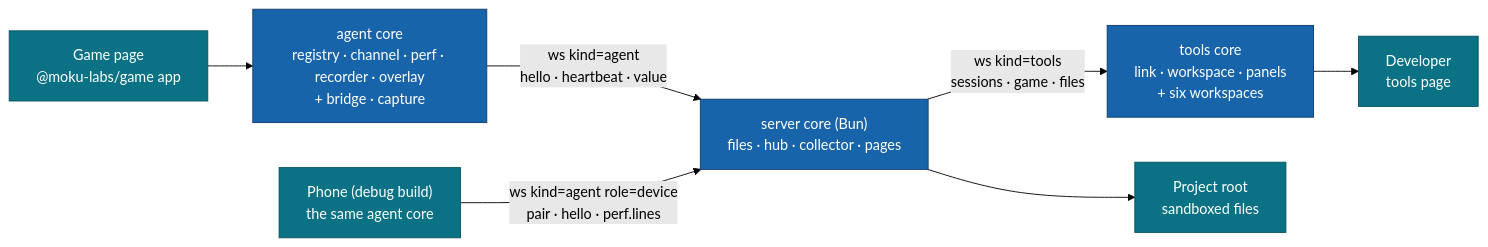
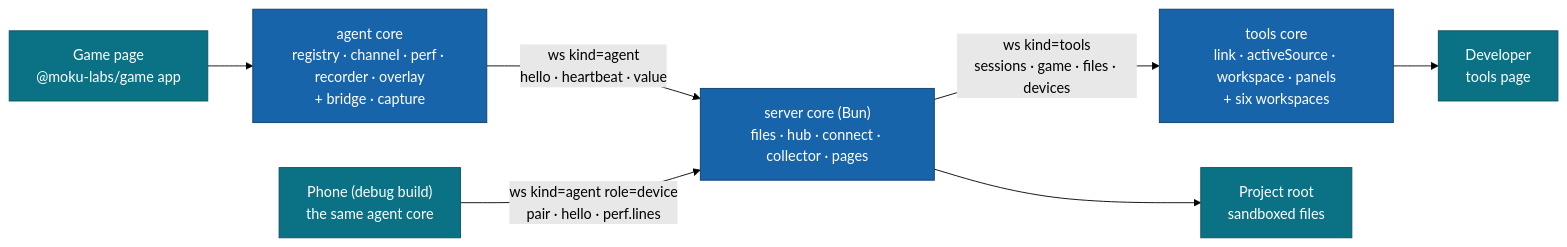
The second of 5 diagrams in README.md (moku-labs/editor), drawn with Mermaid (forest theme) before and after one commit. The commit also changed other lines of this file and 25 other files, not shown here.

````diff
--- a/README.md
+++ b/README.md
@@ -810,13 +920,13 @@
 ```mermaid
 flowchart LR
   G["Game page<br/>@moku-labs/game app"] --> A["agent core<br/>registry · channel · perf · recorder · overlay<br/>+ bridge · capture"]
-  A -- "ws kind=agent<br/>hello · heartbeat · value" --> H["server core (Bun)<br/>files · hub · collector · pages"]
+  A -- "ws kind=agent<br/>hello · heartbeat · value" --> H["server core (Bun)<br/>files · hub · connect · collector · pages"]
   P["Phone (debug build)<br/>the same agent core"] -- "ws kind=agent role=device<br/>pair · hello · perf.lines" --> H
-  H -- "ws kind=tools<br/>sessions · game · files" --> T["tools core<br/>link · workspace · panels<br/>+ six workspaces"]
+  H -- "ws kind=tools<br/>sessions · game · files · devices" --> T["tools core<br/>link · activeSource · workspace · panels<br/>+ six workspaces"]
   T --> D["Developer<br/>tools page"]
   H --> F["Project root<br/>sandboxed files"]
   classDef u fill:#0b7285,stroke:#08525f,color:#fff;
   classDef m fill:#1864ab,stroke:#0d3d6e,color:#fff;
   class G,P,D,F u
   class A,H,T m
 ```
````
